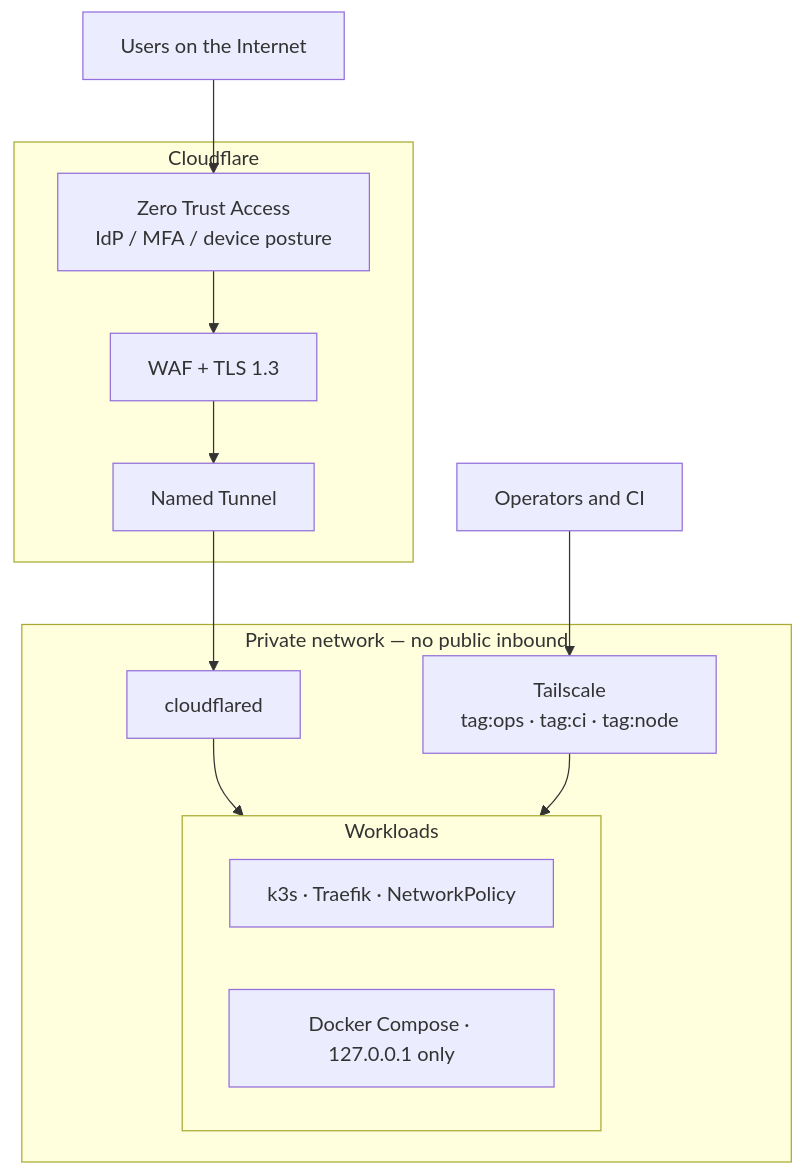
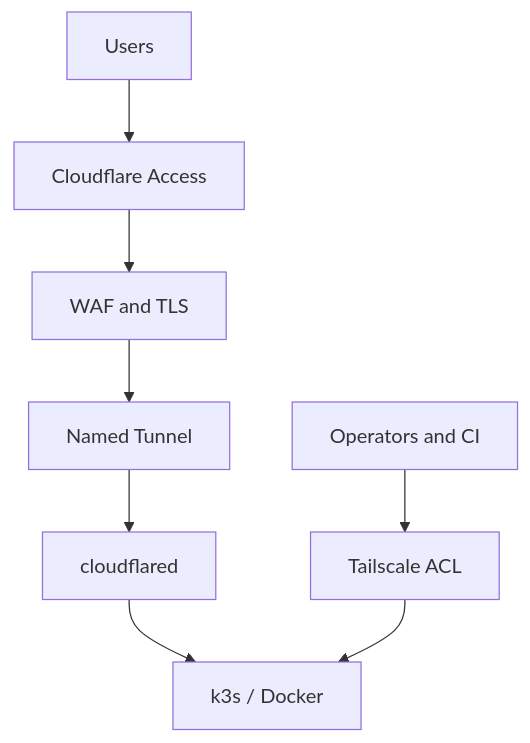
The second of 2 diagrams in README.md (Kikyo987/zero-trust-edge), drawn with Mermaid before and after one commit. The commit also changed other lines of this file, not shown here.

Commit message:
Tighten README for a 30-second scan: demo, keywords, author
Add a Loom placeholder under the title, put Cloudflare Tunnel /
Tailscale / k3s / Zero Trust in the heading and first paragraph,
simplify mermaid for GitHub, and close with an author note.

````diff
--- a/README.md
+++ b/README.md
@@ -31,23 +38,11 @@
 ```mermaid
 flowchart TB
-  Users["Users on the Internet"]
-  Ops["Operators and CI"]
+  Users[Users] --> Access[Cloudflare Access]
+  Access --> WAF[WAF and TLS]
+  WAF --> Named[Named Tunnel]
+  Named --> CFD[cloudflared]
+  CFD --> App[k3s / Docker]
 
-  subgraph Cloudflare["Cloudflare"]
-    Access["Zero Trust Access<br/>IdP / MFA / device posture"]
-    WAF["WAF + TLS 1.3"]
-    Named["Named Tunnel"]
-  end
-
-  subgraph Private["Private network — no public inbound"]
-    TS["Tailscale<br/>tag:ops · tag:ci · tag:node"]
-    CFD["cloudflared"]
-    subgraph Work["Workloads"]
-      K3S["k3s · Traefik · NetworkPolicy"]
-      Docker["Docker Compose · 127.0.0.1 only"]
-    end
-  end
-
-  Users --> Access --> WAF --> Named --> CFD --> Work
-  Ops --> TS --> Work
+  Ops[Operators and CI] --> TS[Tailscale ACL]
+  TS --> App
 ```
````
